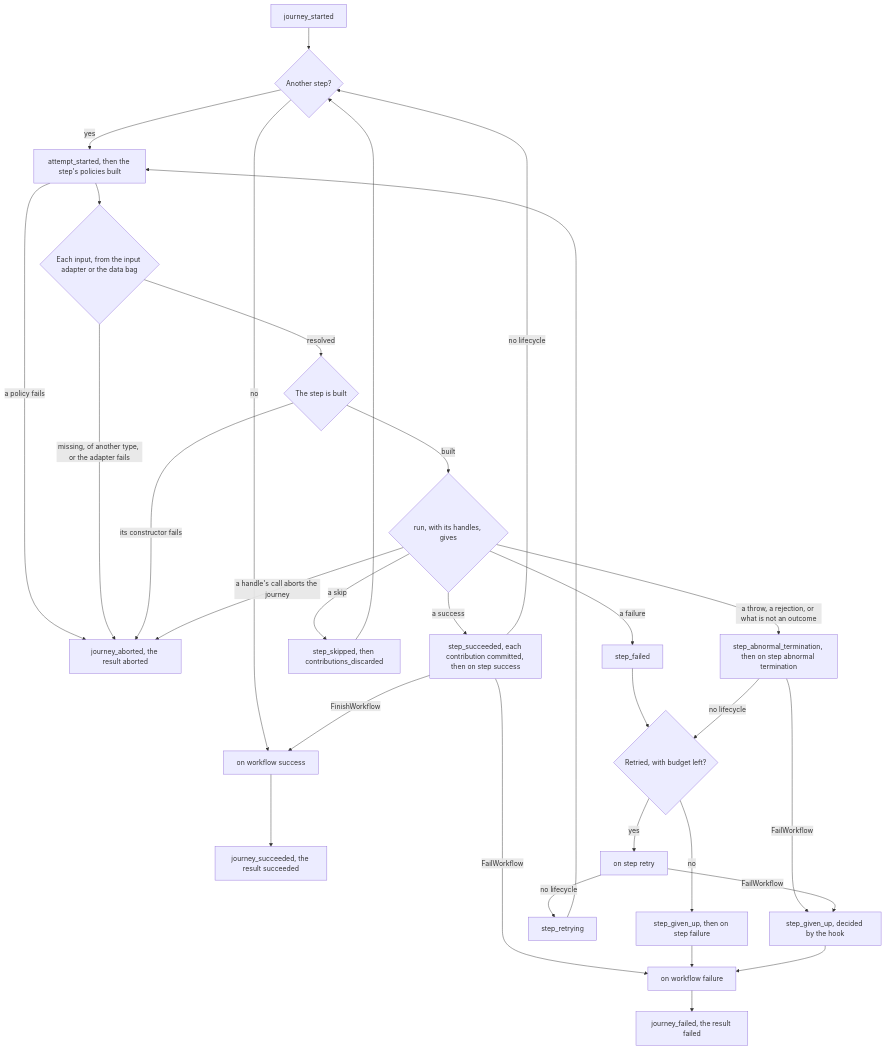
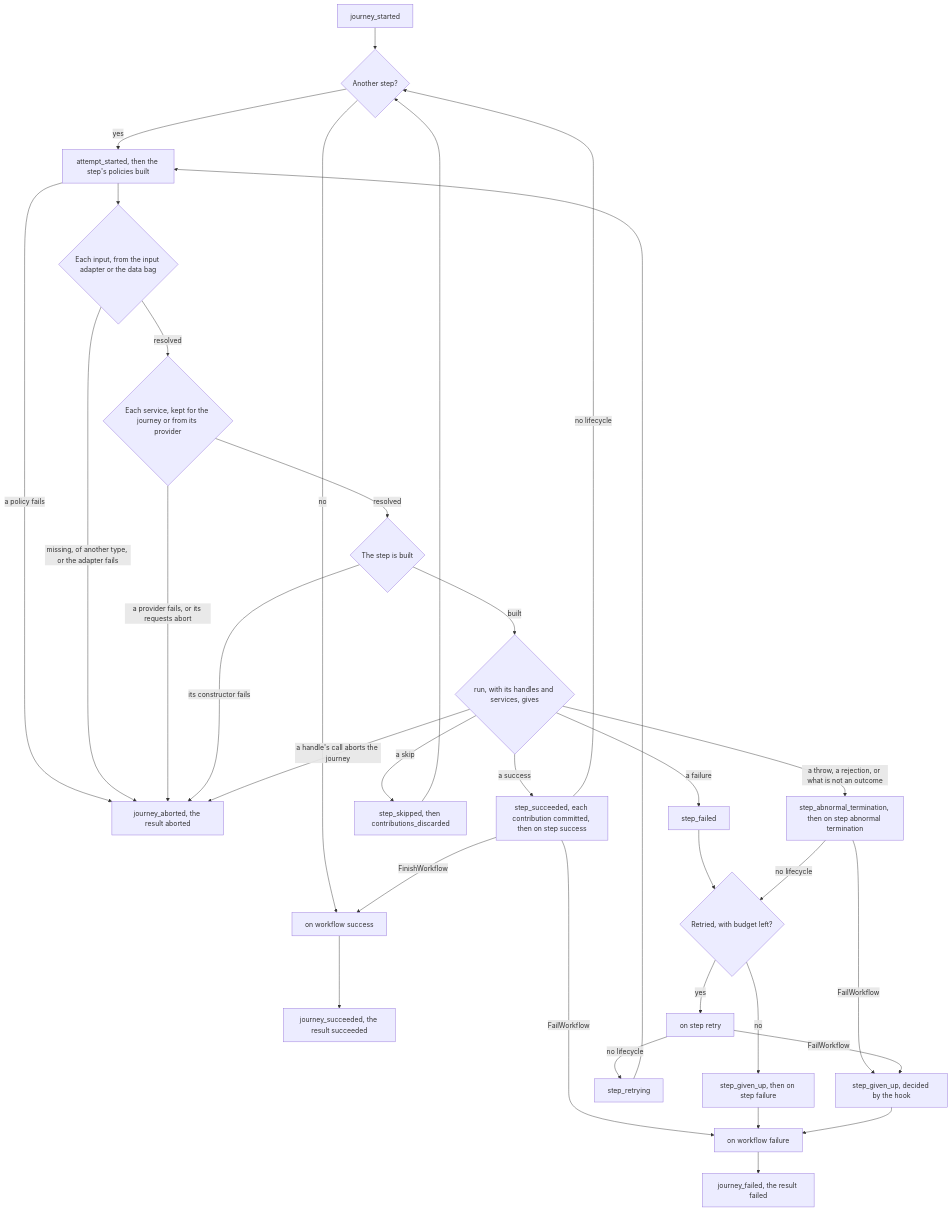
Before and after one commit to itinera-dev/itinera-ts: the seventh of 10 diagrams in docs/architecture.md, drawn with Mermaid. The commit also changed other lines of this file and 1 other file, not shown here.

First line of the commit message:
docs(architecture): describe how a service is lent

````diff
--- a/docs/architecture.md
+++ b/docs/architecture.md
@@ -201,35 +202,37 @@
 ```mermaid
 flowchart TD
     accTitle: How the engine runs a journey
-    accDescr: The engine emits journey_started, then attempts each step in order. Each attempt emits attempt_started and builds the step's policies; a policy that fails aborts the journey. Then it resolves the inputs the step's constructor requests, in order, each from the step's input adapter or from the data bag. A required input without a value, a value of another type, or an input adapter that fails aborts the journey. Then the step is built; a constructor that fails aborts the journey too. The step runs with the handles its run requests, which are closed once the attempt and every call it made on them have settled. A success emits step_succeeded and commits what the attempt contributed, then calls on step success; FinishWorkflow ends the journey as succeeded, FailWorkflow as failed, and otherwise the next step follows. A skip emits step_skipped and contributions_discarded, then the next step. A failure emits step_failed, and an error or what is not an outcome step_abnormal_termination, then on step abnormal termination, which may give the step up with FailWorkflow. Either is retried, calling on step retry, which may give the step up with FailWorkflow, then emitting step_retrying and attempting again, or given up, emitting step_given_up and calling on step failure. Once the journey has succeeded or failed, the workflow hook on workflow success or on workflow failure runs, then journey_succeeded or journey_failed. A hook that fails, and every other abort, emits journey_aborted.
+    accDescr: The engine emits journey_started, then attempts each step in order. Each attempt emits attempt_started and builds the step's policies; a policy that fails aborts the journey. Then it resolves the inputs the step's constructor requests, in order, each from the step's input adapter or from the data bag. A required input without a value, a value of another type, or an input adapter that fails aborts the journey. Then it resolves the services the step's run requests, in order, each the instance its provider of journey scope made earlier or a new one from its provider; a provider that fails, or whose requests abort, aborts the journey. Then the step is built; a constructor that fails aborts the journey too. The step runs with the handles and services its run requests; the handles are closed once the attempt and every call it made on them have settled. A success emits step_succeeded and commits what the attempt contributed, then calls on step success; FinishWorkflow ends the journey as succeeded, FailWorkflow as failed, and otherwise the next step follows. A skip emits step_skipped and contributions_discarded, then the next step. A failure emits step_failed, and an error or what is not an outcome step_abnormal_termination, then on step abnormal termination, which may give the step up with FailWorkflow. Either is retried, calling on step retry, which may give the step up with FailWorkflow, then emitting step_retrying and attempting again, or given up, emitting step_given_up and calling on step failure. Once the journey has succeeded or failed, the workflow hook on workflow success or on workflow failure runs, then journey_succeeded or journey_failed. A hook that fails, and every other abort, emits journey_aborted.
     started["journey_started"] --> next{"Another step?"}
     next -->|"no"| workflowSuccess["on workflow success"]
     workflowSuccess --> succeeded["journey_succeeded, the result succeeded"]
     next -->|"yes"| attempt["attempt_started, then the step's policies built"]
     attempt -->|"a policy fails"| aborted["journey_aborted, the result aborted"]
     attempt --> inputs{"Each input, from the input adapter or the data bag"}
     inputs -->|"missing, of another type, or the adapter fails"| aborted
-    inputs -->|"resolved"| build{"The step is built"}
+    inputs -->|"resolved"| services{"Each service, kept for the journey or from its provider"}
+    services -->|"a provider fails, or its requests abort"| aborted
+    services -->|"resolved"| build{"The step is built"}
     build -->|"its constructor fails"| aborted
-    build -->|"built"| run{"run, with its handles, gives"}
+    build -->|"built"| run{"run, with its handles and services, gives"}
     run -->|"a handle's call aborts the journey"| aborted
     run -->|"a success"| stepSucceeded["step_succeeded, each contribution committed, then on step success"]
     stepSucceeded -->|"no lifecycle"| next
     stepSucceeded -->|"FinishWorkflow"| workflowSuccess
     stepSucceeded -->|"FailWorkflow"| workflowFailure["on workflow failure"]
     run -->|"a skip"| skipped["step_skipped, then contributions_discarded"]
     skipped --> next
     run -->|"a failure"| stepFailed["step_failed"]
     run -->|"a throw, a rejection, or what is not an outcome"| abnormal["step_abnormal_termination, then on step abnormal termination"]
     abnormal -->|"FailWorkflow"| givenUpByHook["step_given_up, decided by the hook"]
     stepFailed --> decide{"Retried, with budget left?"}
     abnormal -->|"no lifecycle"| decide
     decide -->|"yes"| retry["on step retry"]
     retry -->|"no lifecycle"| retrying["step_retrying"]
     retry -->|"FailWorkflow"| givenUpByHook
     retrying --> attempt
     decide -->|"no"| givenUp["step_given_up, then on step failure"]
     givenUp --> workflowFailure
     givenUpByHook --> workflowFailure
     workflowFailure --> failed["journey_failed, the result failed"]
 ```
````
